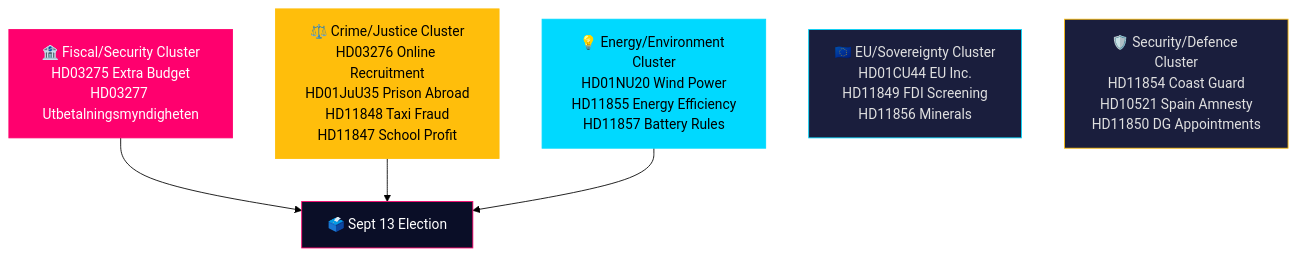
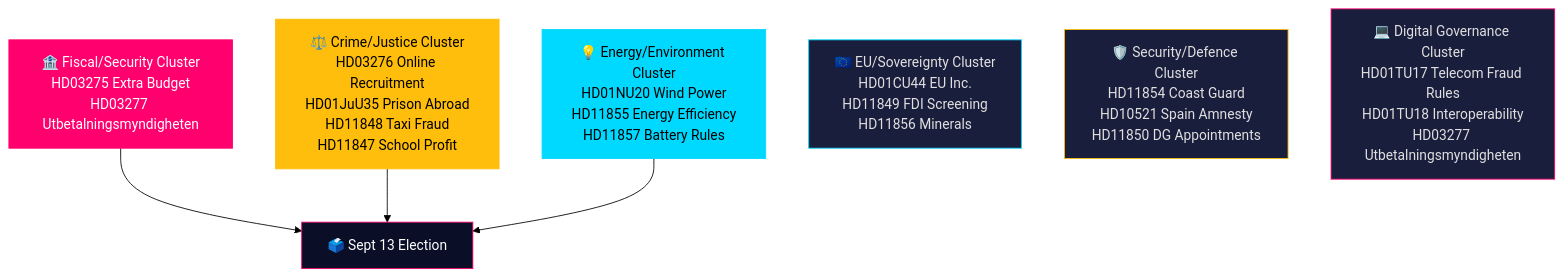
One commit to Hack23/riksdagsmonitor changed the diagram in analysis/daily/2026-05-28/realtime-monitor/article.md. Above: the diagram before and after it, drawn with Mermaid (forest theme). The commit also changed other lines of this file and 22 other files, not shown here.

First line of the commit message:
📡 Realtime Monitor 2026-05-28: +2 TU betänkanden, digital governance cluster, 14-lang re-render

````diff
--- a/analysis/daily/2026-05-28/realtime-monitor/article.md
+++ b/analysis/daily/2026-05-28/realtime-monitor/article.md
@@ -104,19 +107,21 @@
 ```mermaid
 graph TD
     Budget["🏦 Fiscal/Security Cluster\nHD03275 Extra Budget\nHD03277 Utbetalningsmyndigheten"]:::fiscal
     Crime["⚖️ Crime/Justice Cluster\nHD03276 Online Recruitment\nHD01JuU35 Prison Abroad\nHD11848 Taxi Fraud\nHD11847 School Profit"]:::crime
     Energy["💡 Energy/Environment Cluster\nHD01NU20 Wind Power\nHD11855 Energy Efficiency\nHD11857 Battery Rules"]:::energy
     EU["🇪🇺 EU/Sovereignty Cluster\nHD01CU44 EU Inc.\nHD11849 FDI Screening\nHD11856 Minerals"]:::eu
     Security["🛡️ Security/Defence Cluster\nHD11854 Coast Guard\nHD10521 Spain Amnesty\nHD11850 DG Appointments"]:::security
+    Digital["💻 Digital Governance Cluster\nHD01TU17 Telecom Fraud Rules\nHD01TU18 Interoperability\nHD03277 Utbetalningsmyndigheten"]:::digital
     
     Budget --> Election["🗳️ Sept 13 Election"]
     Crime --> Election
     Energy --> Election
     
     style Budget fill:#ff006e,stroke:#ff006e,color:#fff
     style Crime fill:#ffbe0b,stroke:#ffbe0b,color:#000
     style Energy fill:#00d9ff,stroke:#00d9ff,color:#000
     style EU fill:#1a1e3d,stroke:#00d9ff,color:#e0e0e0
     style Security fill:#1a1e3d,stroke:#ffbe0b,color:#e0e0e0
+    style Digital fill:#1a1e3d,stroke:#ff006e,color:#e0e0e0
     style Election fill:#0a0e27,stroke:#ff006e,color:#fff
 ```
````
